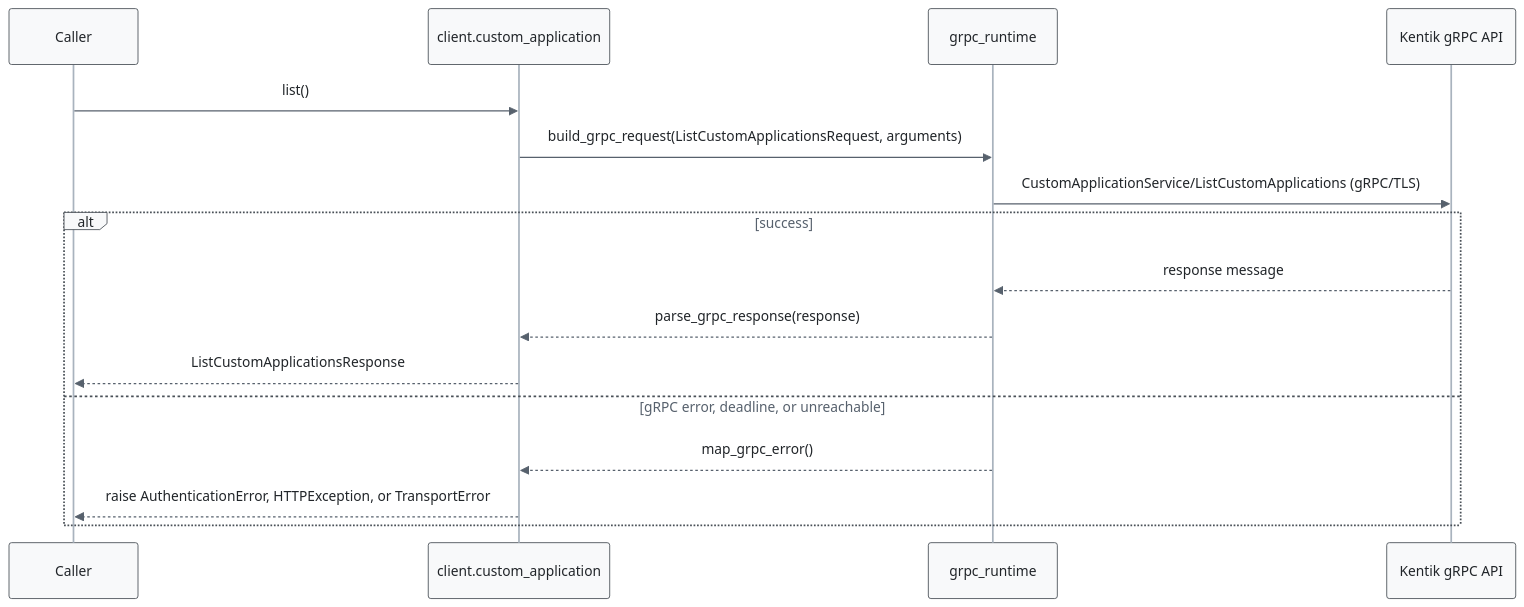
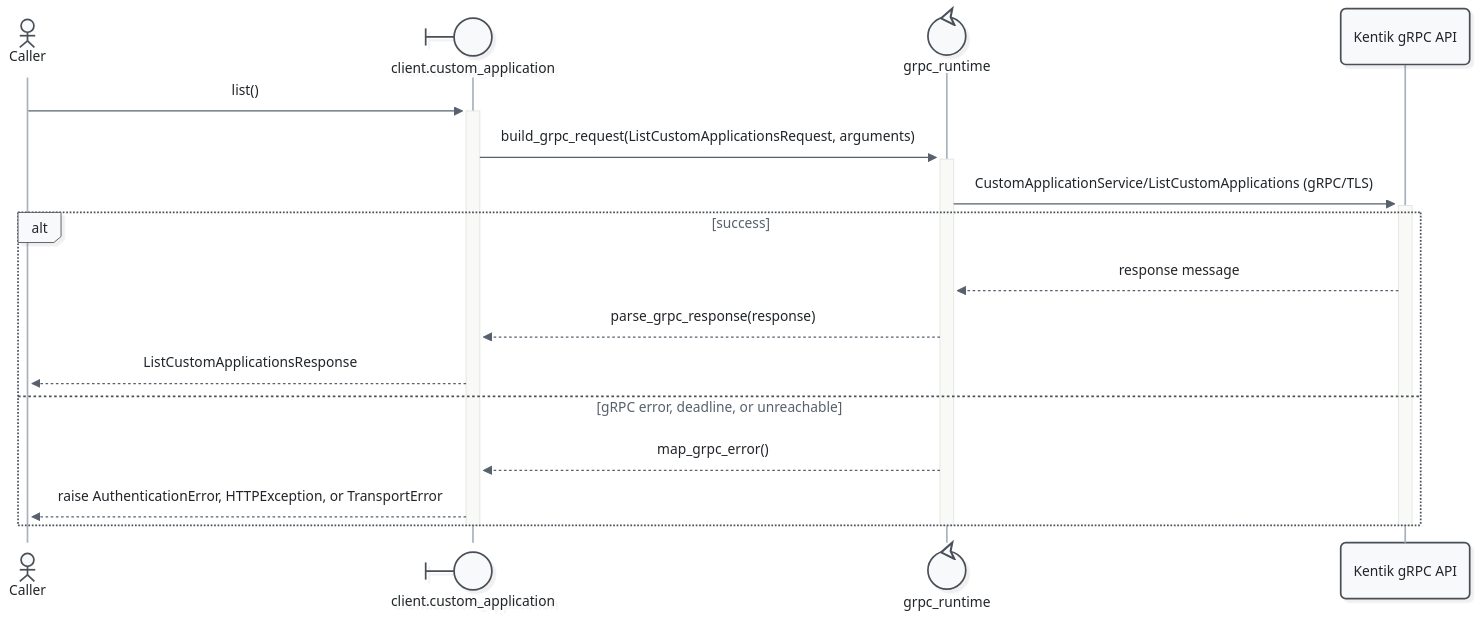
The second of 11 diagrams in docs/sphinx/services/custom_application.md (alexdearaujo/community_sdk_python), drawn with Mermaid before and after one commit. The commit also changed other lines of this file and 52 other files, not shown here.

First line of the commit message:
docs: Mermaid 12 sequence diagrams with participant types and path colors

````diff
--- a/docs/sphinx/services/custom_application.md
+++ b/docs/sphinx/services/custom_application.md
@@ -55,20 +57,23 @@
 ```mermaid
-%%{init: {"theme": "base", "fontFamily": "ui-monospace, SFMono-Regular, Menlo, monospace", "themeVariables": {"fontFamily": "ui-monospace, SFMono-Regular, Menlo, monospace", "primaryColor": "#f8f9fa", "primaryBorderColor": "#495057", "primaryTextColor": "#212529", "textColor": "#212529", "lineColor": "#77818c", "edgeLabelBackground": "#ffffff", "actorBkg": "#f8f9fa", "actorBorder": "#495057", "actorTextColor": "#212529", "actorLineColor": "#a9b3be", "signalColor": "#57616d", "signalTextColor": "#212529", "labelBoxBkgColor": "#f8f9fa", "labelBoxBorderColor": "#495057", "labelTextColor": "#212529", "loopTextColor": "#57616d", "noteBkgColor": "#fff9db", "noteBorderColor": "#f08c00", "noteTextColor": "#a35a00"}, "flowchart": {"curve": "step", "nodeSpacing": 30, "rankSpacing": 70, "wrappingWidth": 400}}}%%
+%%{init: {"theme": "redux", "look": "neo", "layout": "dagre", "fontFamily": "ui-monospace, SFMono-Regular, Menlo, monospace", "themeVariables": {"fontFamily": "ui-monospace, SFMono-Regular, Menlo, monospace", "primaryColor": "#f8f9fa", "primaryBorderColor": "#495057", "primaryTextColor": "#212529", "textColor": "#212529", "lineColor": "#77818c", "edgeLabelBackground": "#ffffff", "actorBkg": "#f8f9fa", "actorBorder": "#495057", "actorTextColor": "#212529", "actorLineColor": "#a9b3be", "signalColor": "#57616d", "signalTextColor": "#212529", "labelBoxBkgColor": "#f8f9fa", "labelBoxBorderColor": "#495057", "labelTextColor": "#212529", "loopTextColor": "#57616d", "noteBkgColor": "#fff9db", "noteBorderColor": "#f08c00", "noteTextColor": "#a35a00"}, "sequence": {"activationWidth": 16}, "flowchart": {"curve": "step", "nodeSpacing": 30, "rankSpacing": 70, "wrappingWidth": 400}}}%%
 sequenceDiagram
-    participant C as Caller
-    participant W as client.custom_application
-    participant R as grpc_runtime
+    actor C as Caller
+    participant W@{ "type": "boundary" } as client.custom_application
+    participant R@{ "type": "control" } as grpc_runtime
     participant API as Kentik gRPC API
 
-    C->>W: list()
-    W->>R: build_grpc_request(ListCustomApplicationsRequest, arguments)
-    R->>API: CustomApplicationService/ListCustomApplications (gRPC/TLS)
+    C->>+W: list()
+    W->>+R: build_grpc_request(ListCustomApplicationsRequest, arguments)
+    R->>+API: CustomApplicationService/ListCustomApplications (gRPC/TLS)
     alt success
         API-->>R: response message
         R-->>W: parse_grpc_response(response)
         W-->>C: ListCustomApplicationsResponse
     else gRPC error, deadline, or unreachable
         R-->>W: map_grpc_error()
         W-->>C: raise AuthenticationError, HTTPException, or TransportError
     end
+    deactivate API
+    deactivate R
+    deactivate W
 ```
````
